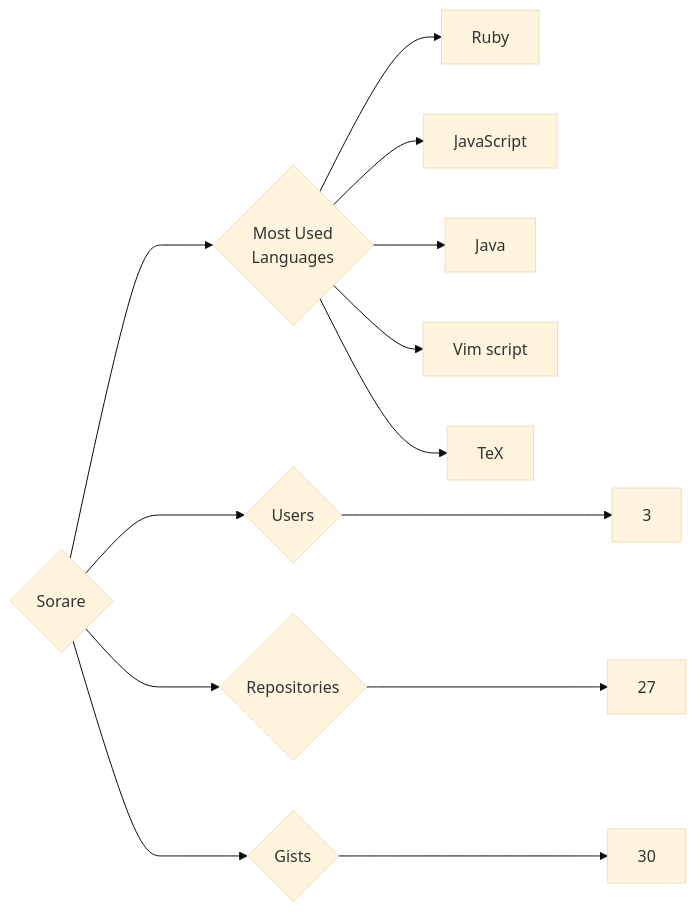
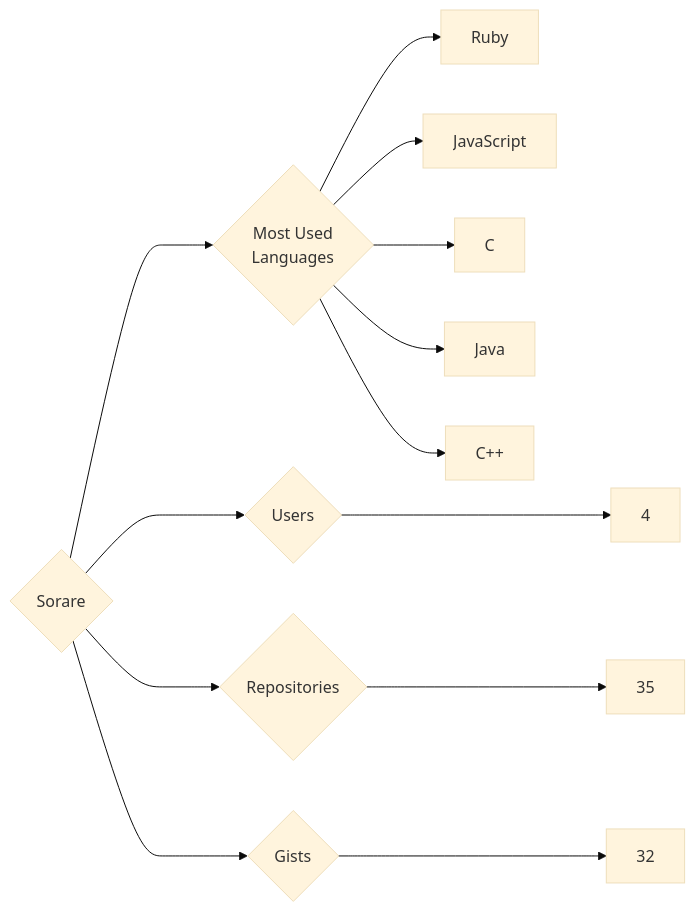
One commit to trickest/insiders changed the diagram in targets/Sorare/README.md. Above: the diagram before and after it, drawn with Mermaid (base theme). The commit also changed 976 other files, not shown here.

````diff
--- a/targets/Sorare/README.md
+++ b/targets/Sorare/README.md
@@ -3,13 +3,13 @@
 ```mermaid
 graph LR
 COMPANY_NAME{Sorare}
-COMPANY_NAME ---> U{Users} ---> UN[3]
-COMPANY_NAME ---> R{Repositories} ---> RN[27]
-COMPANY_NAME ---> G{Gists} ---> GN[30]
+COMPANY_NAME ---> U{Users} ---> UN[4]
+COMPANY_NAME ---> R{Repositories} ---> RN[35]
+COMPANY_NAME ---> G{Gists} ---> GN[32]
 COMPANY_NAME ---> ML{Most Used<br>Languages}
 ML --> Ruby[Ruby]
 ML --> JavaScript[JavaScript]
+ML --> C[C]
 ML --> Java[Java]
-ML --> Vim_script[Vim script]
-ML --> TeX[TeX]
+ML --> C++[C++]
 ```
````
